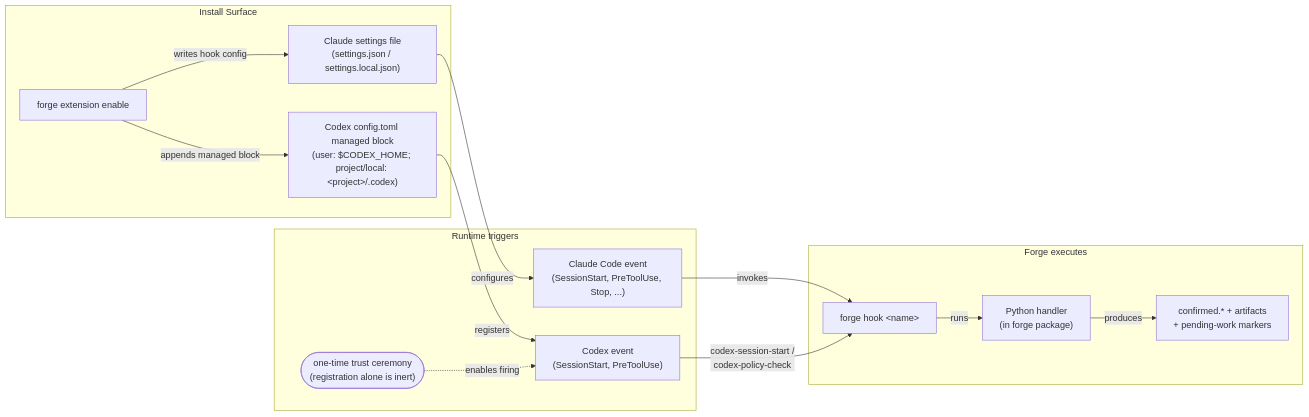
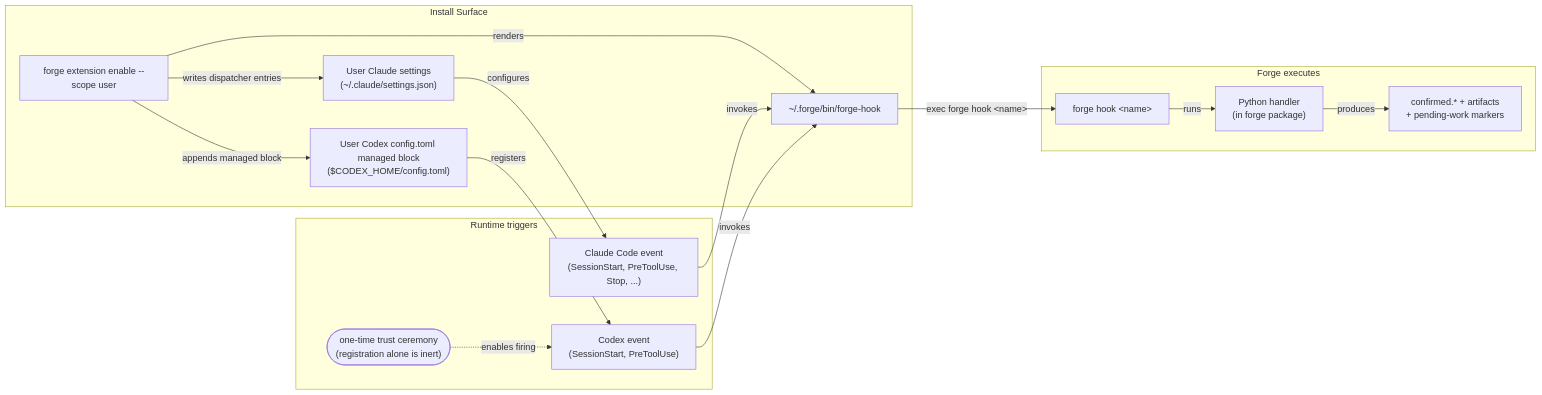
One commit to hapa1i/multi-forge changed the fifth of 10 diagrams in docs/diagrams.md. Above: the diagram before and after it, drawn with Mermaid. The commit also changed other lines of this file and 40 other files, not shown here.

````diff
--- a/docs/diagrams.md
+++ b/docs/diagrams.md
@@ -227,30 +227,33 @@
 ```mermaid
 flowchart LR
     subgraph Installation["Install Surface"]
-        Installer["forge extension enable"]
-        Settings["Claude settings file<br/>(settings.json / settings.local.json)"]
-        CodexCfg["Codex config.toml managed block<br/>(user: $CODEX_HOME; project/local: &lt;project&gt;/.codex)"]
-        Installer -->|writes hook config| Settings
+        Installer["forge extension enable --scope user"]
+        Settings["User Claude settings<br/>(~/.claude/settings.json)"]
+        Dispatcher["~/.forge/bin/forge-hook"]
+        CodexCfg["User Codex config.toml managed block<br/>($CODEX_HOME/config.toml)"]
+        Installer -->|writes dispatcher entries| Settings
+        Installer -->|renders| Dispatcher
         Installer -->|appends managed block| CodexCfg
     end
 
     subgraph Triggers["Runtime triggers"]
         ClaudeEvt["Claude Code event<br/>(SessionStart, PreToolUse, Stop, ...)"]
         CodexEvt["Codex event<br/>(SessionStart, PreToolUse)"]
         Enroll(["one-time trust ceremony<br/>(registration alone is inert)"])
     end
 
     subgraph Execution["Forge executes"]
         CLI2["forge hook &lt;name&gt;"]
         Handler["Python handler<br/>(in forge package)"]
         Outputs["confirmed.* + artifacts<br/>+ pending-work markers"]
     end
 
     Settings -->|configures| ClaudeEvt
     CodexCfg -->|registers| CodexEvt
     Enroll -.->|enables firing| CodexEvt
-    ClaudeEvt -->|invokes| CLI2
-    CodexEvt -->|"codex-session-start /<br/>codex-policy-check"| CLI2
+    ClaudeEvt -->|invokes| Dispatcher
+    CodexEvt -->|invokes| Dispatcher
+    Dispatcher -->|"exec forge hook &lt;name&gt;"| CLI2
     CLI2 -->|runs| Handler
     Handler -->|produces| Outputs
 ```
````
